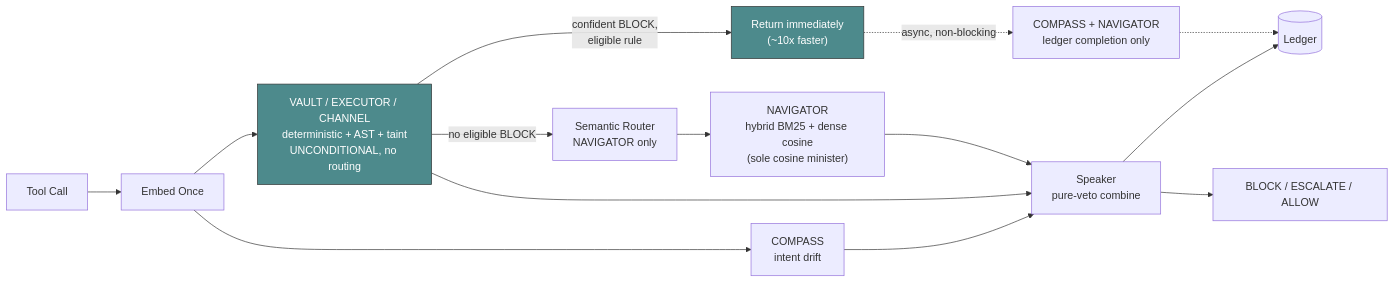
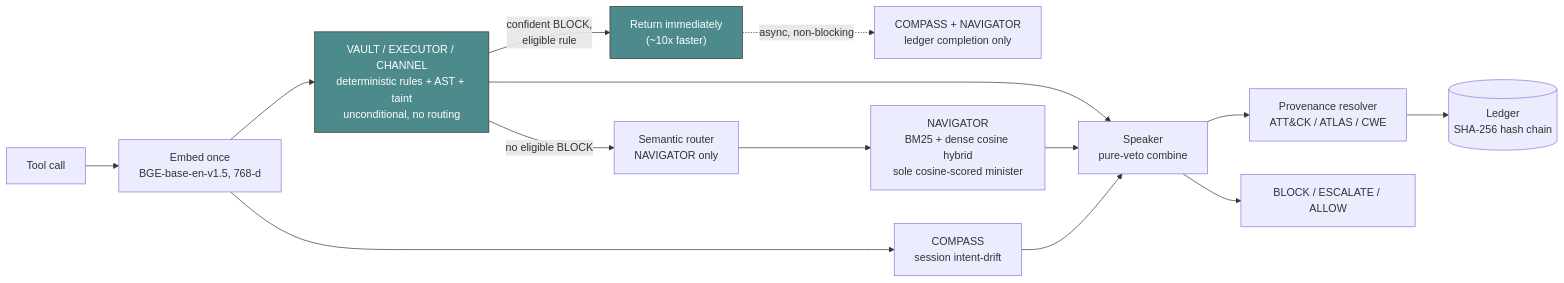
Before and after one commit to Ishani018/Kavach: the diagram in README.md, drawn with Mermaid. The commit also changed other lines of this file, not shown here.

````diff
--- a/README.md
+++ b/README.md
@@ -441,19 +26,19 @@
 ```mermaid
 flowchart LR
-  A["Tool Call"] --> B["Embed Once"]
-  B --> D["VAULT / EXECUTOR / CHANNEL<br/>deterministic + AST + taint<br/>UNCONDITIONAL, no routing"]
+  A["Tool call"] --> B["Embed once<br/>BGE-base-en-v1.5, 768-d"]
+  B --> D["VAULT / EXECUTOR / CHANNEL<br/>deterministic rules + AST + taint<br/>unconditional, no routing"]
   D -->|"confident BLOCK,<br/>eligible rule"| SC["Return immediately<br/>(~10x faster)"]
-  D -->|"no eligible BLOCK"| R["Semantic Router<br/>NAVIGATOR only"]
+  D -->|"no eligible BLOCK"| R["Semantic router<br/>NAVIGATOR only"]
   SC -.->|"async, non-blocking"| CN["COMPASS + NAVIGATOR<br/>ledger completion only"]
-  R --> N["NAVIGATOR<br/>hybrid BM25 + dense cosine<br/>(sole cosine minister)"]
-  B --> CO["COMPASS<br/>intent drift"]
+  R --> N["NAVIGATOR<br/>BM25 + dense cosine hybrid<br/>sole cosine-scored minister"]
+  B --> CO["COMPASS<br/>session intent-drift"]
   D --> S["Speaker<br/>pure-veto combine"]
   N --> S
   CO --> S
-  S --> L[("Ledger")]
+  S --> P["Provenance resolver<br/>ATT&CK / ATLAS / CWE"]
+  P --> L[("Ledger<br/>SHA-256 hash chain")]
   S --> V["BLOCK / ESCALATE / ALLOW"]
-  CN -.-> L
 
   classDef fastpath fill:#4d8a8c,stroke:#333,color:#fff
   class D,SC fastpath
 ```
````
